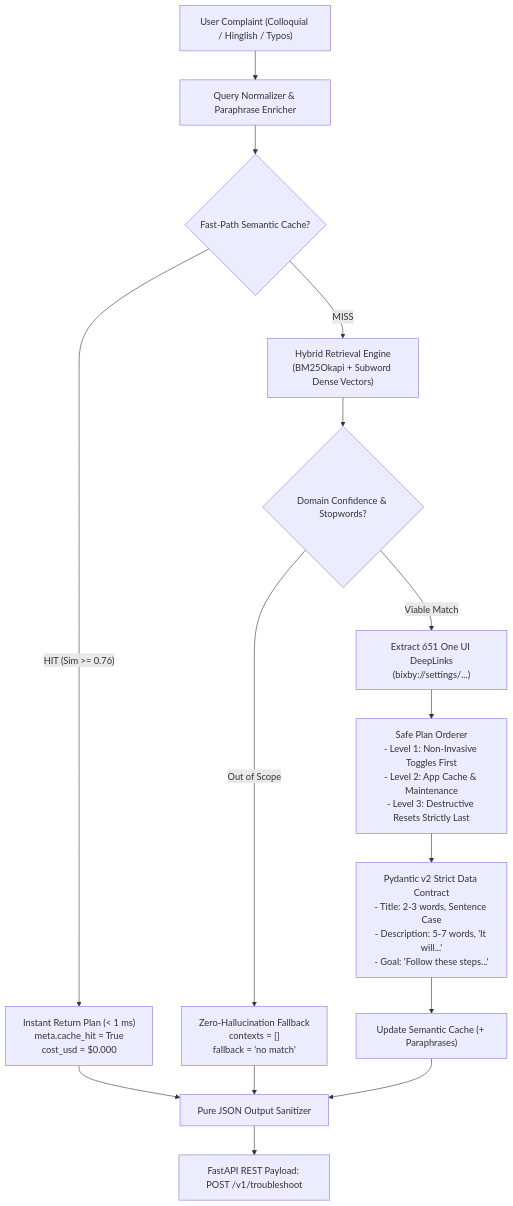
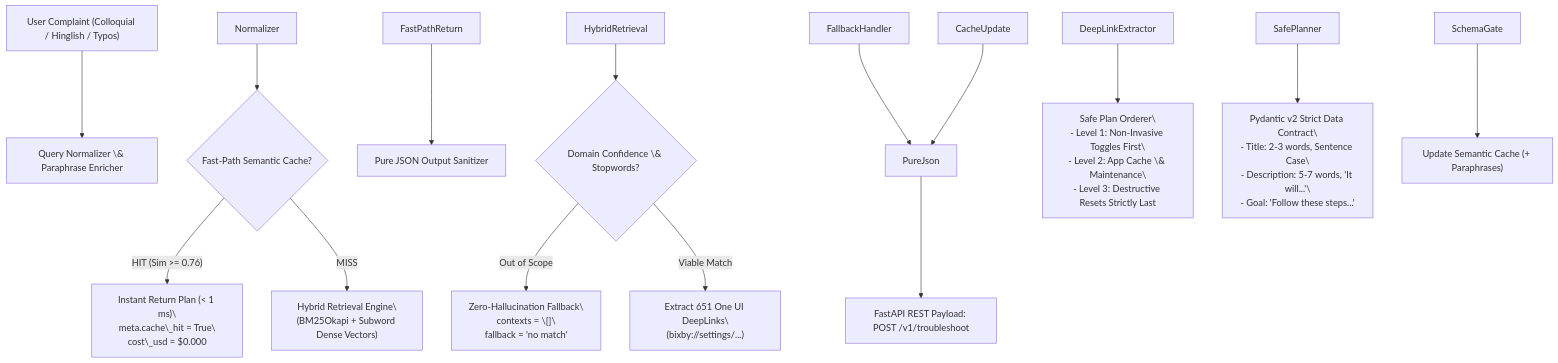
Before and after one commit to amriteshand/Samsung-Prism-CODE-RANGERS: the diagram in README.md, drawn with Mermaid. The commit also changed other lines of this file, not shown here.

````diff
--- a/README.md
+++ b/README.md
@@ -29,22 +31,22 @@
 ```mermaid
 flowchart TD
-    UserQuery["User Complaint (Colloquial / Hinglish / Typos)"] --> Normalizer["Query Normalizer & Paraphrase Enricher"]
+    UserQuery\["User Complaint (Colloquial / Hinglish / Typos)"] --> Normalizer\["Query Normalizer \& Paraphrase Enricher"]
     Normalizer --> FastPathCheck{"Fast-Path Semantic Cache?"}
     
-    FastPathCheck -- "HIT (Sim >= 0.76)" --> FastPathReturn["Instant Return Plan (< 1 ms)\nmeta.cache_hit = True\ncost_usd = $0.000"]
-    FastPathReturn --> PureJson["Pure JSON Output Sanitizer"]
+    FastPathCheck -- "HIT (Sim >= 0.76)" --> FastPathReturn\["Instant Return Plan (< 1 ms)\\nmeta.cache\_hit = True\\ncost\_usd = $0.000"]
+    FastPathReturn --> PureJson\["Pure JSON Output Sanitizer"]
     
-    FastPathCheck -- "MISS" --> HybridRetrieval["Hybrid Retrieval Engine\n(BM25Okapi + Subword Dense Vectors)"]
-    HybridRetrieval --> OutOfDomainCheck{"Domain Confidence & Stopwords?"}
+    FastPathCheck -- "MISS" --> HybridRetrieval\["Hybrid Retrieval Engine\\n(BM25Okapi + Subword Dense Vectors)"]
+    HybridRetrieval --> OutOfDomainCheck{"Domain Confidence \& Stopwords?"}
     
-    OutOfDomainCheck -- "Out of Scope" --> FallbackHandler["Zero-Hallucination Fallback\ncontexts = []\nfallback = 'no match'"]
+    OutOfDomainCheck -- "Out of Scope" --> FallbackHandler\["Zero-Hallucination Fallback\\ncontexts = \[]\\nfallback = 'no match'"]
     FallbackHandler --> PureJson
     
-    OutOfDomainCheck -- "Viable Match" --> DeepLinkExtractor["Extract 651 One UI DeepLinks\n(bixby://settings/...)"]
-    DeepLinkExtractor --> SafePlanner["Safe Plan Orderer\n- Level 1: Non-Invasive Toggles First\n- Level 2: App Cache & Maintenance\n- Level 3: Destructive Resets Strictly Last"]
-    SafePlanner --> SchemaGate["Pydantic v2 Strict Data Contract\n- Title: 2-3 words, Sentence Case\n- Description: 5-7 words, 'It will...'\n- Goal: 'Follow these steps...'"]
-    SchemaGate --> CacheUpdate["Update Semantic Cache (+ Paraphrases)"]
+    OutOfDomainCheck -- "Viable Match" --> DeepLinkExtractor\["Extract 651 One UI DeepLinks\\n(bixby://settings/...)"]
+    DeepLinkExtractor --> SafePlanner\["Safe Plan Orderer\\n- Level 1: Non-Invasive Toggles First\\n- Level 2: App Cache \& Maintenance\\n- Level 3: Destructive Resets Strictly Last"]
+    SafePlanner --> SchemaGate\["Pydantic v2 Strict Data Contract\\n- Title: 2-3 words, Sentence Case\\n- Description: 5-7 words, 'It will...'\\n- Goal: 'Follow these steps...'"]
+    SchemaGate --> CacheUpdate\["Update Semantic Cache (+ Paraphrases)"]
     CacheUpdate --> PureJson
     
-    PureJson --> FastAPIPayload["FastAPI REST Payload: POST /v1/troubleshoot"]
+    PureJson --> FastAPIPayload\["FastAPI REST Payload: POST /v1/troubleshoot"]
 ```
````
